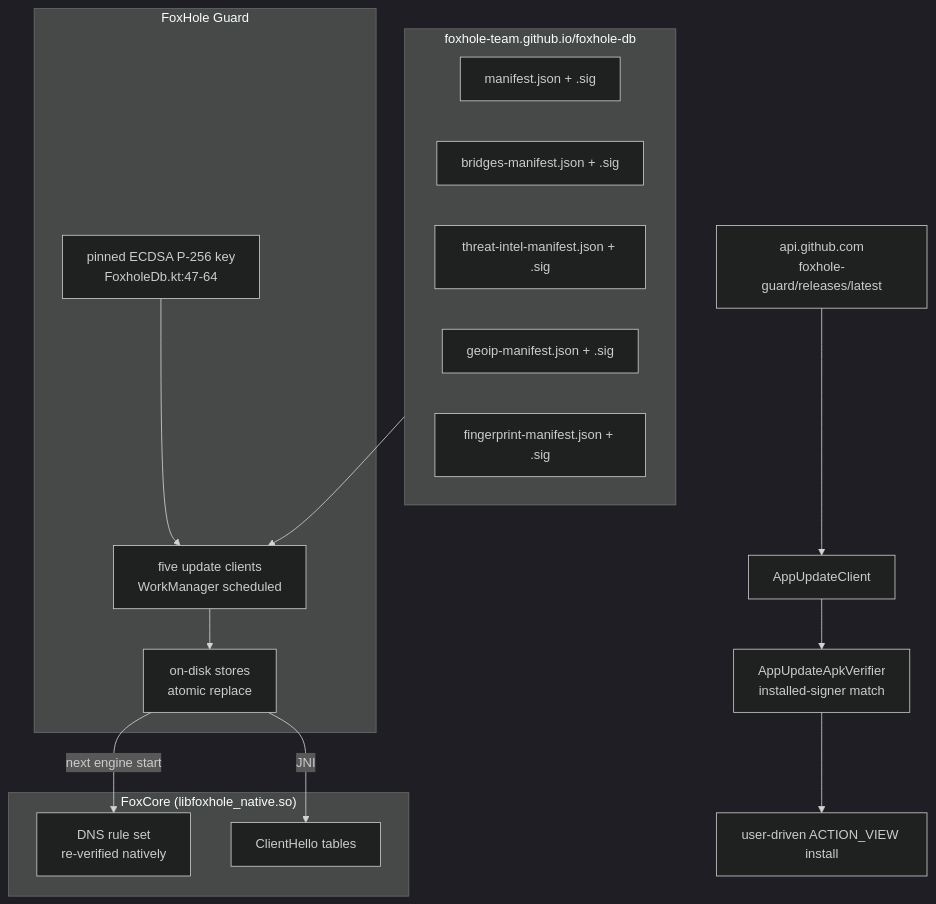
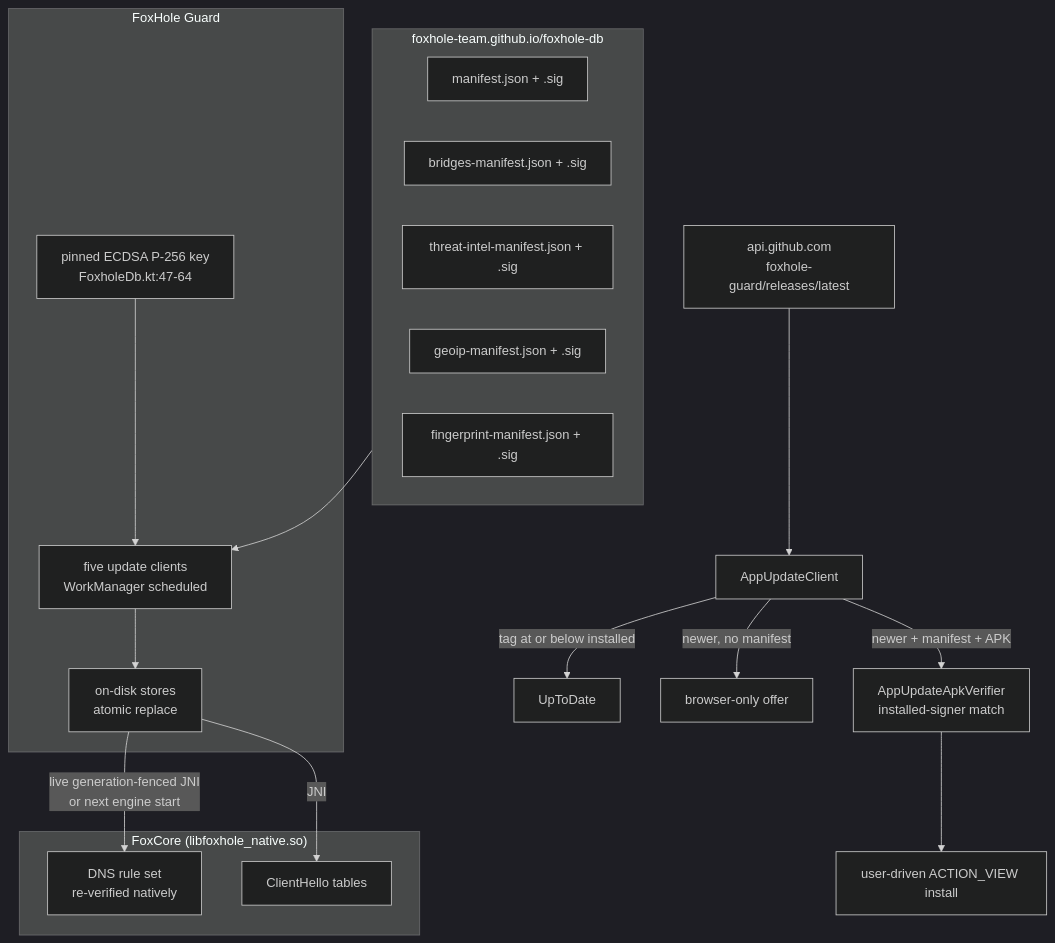
Before and after one commit to foxhole-team/foxhole-core: the first of 6 diagrams in docs/architecture/03-updates-and-data-delivery.md, drawn with Mermaid (dark theme). The commit also changed other lines of this file and 72 other files, not shown here.

````diff
--- a/docs/architecture/03-updates-and-data-delivery.md
+++ b/docs/architecture/03-updates-and-data-delivery.md
@@ -12,31 +10,33 @@
 ```mermaid
 flowchart TD
     subgraph db["foxhole-team.github.io/foxhole-db"]
         M1["manifest.json + .sig"]
         M2["bridges-manifest.json + .sig"]
         M3["threat-intel-manifest.json + .sig"]
         M4["geoip-manifest.json + .sig"]
         M5["fingerprint-manifest.json + .sig"]
     end
 
     subgraph app["FoxHole Guard"]
         PK["pinned ECDSA P-256 key<br/>FoxholeDb.kt:47-64"]
         UC["five update clients<br/>WorkManager scheduled"]
         ST["on-disk stores<br/>atomic replace"]
     end
 
     subgraph core["FoxCore (libfoxhole_native.so)"]
         RS["DNS rule set<br/>re-verified natively"]
         FP["ClientHello tables"]
     end
 
     db --> UC
     PK --> UC
     UC --> ST
-    ST -->|next engine start| RS
+    ST -->|"live generation-fenced JNI<br/>or next engine start"| RS
     ST -->|JNI| FP
 
     GH["api.github.com<br/>foxhole-guard/releases/latest"] --> AU["AppUpdateClient"]
-    AU --> AV["AppUpdateApkVerifier<br/>installed-signer match"]
+    AU -->|"tag at or below installed"| UTD["UpToDate"]
+    AU -->|"newer, no manifest"| BO["browser-only offer"]
+    AU -->|"newer + manifest + APK"| AV["AppUpdateApkVerifier<br/>installed-signer match"]
     AV --> INS["user-driven ACTION_VIEW install"]
 ```
````
